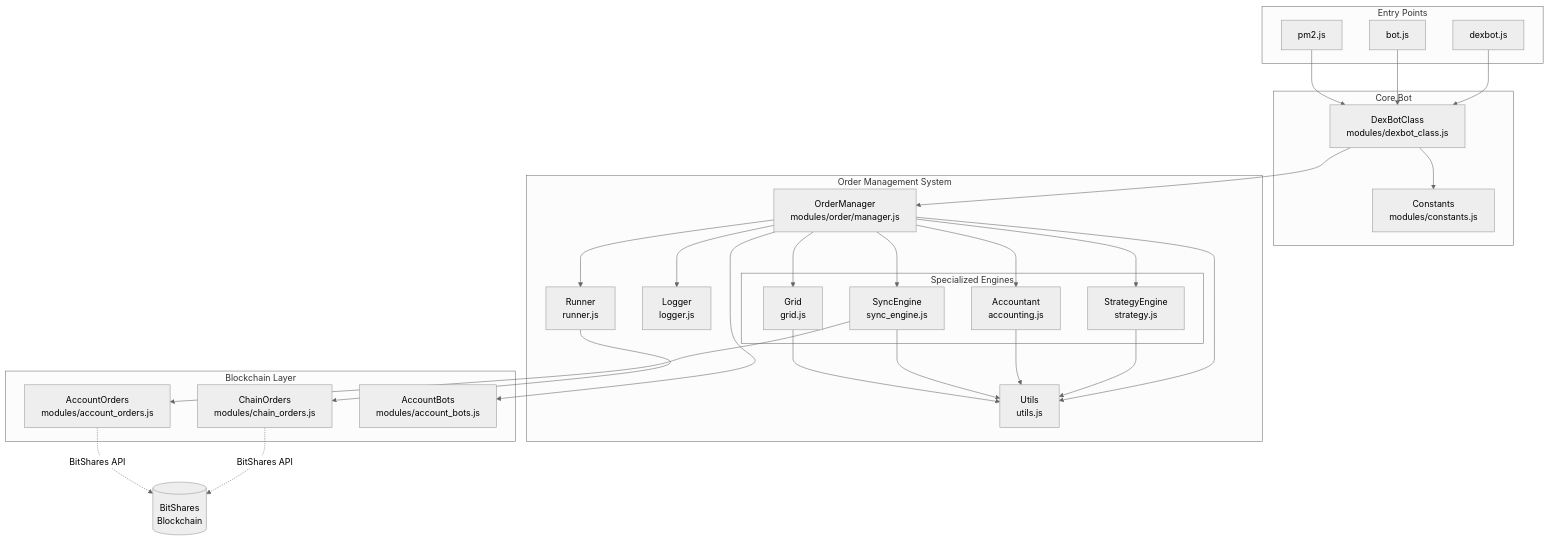
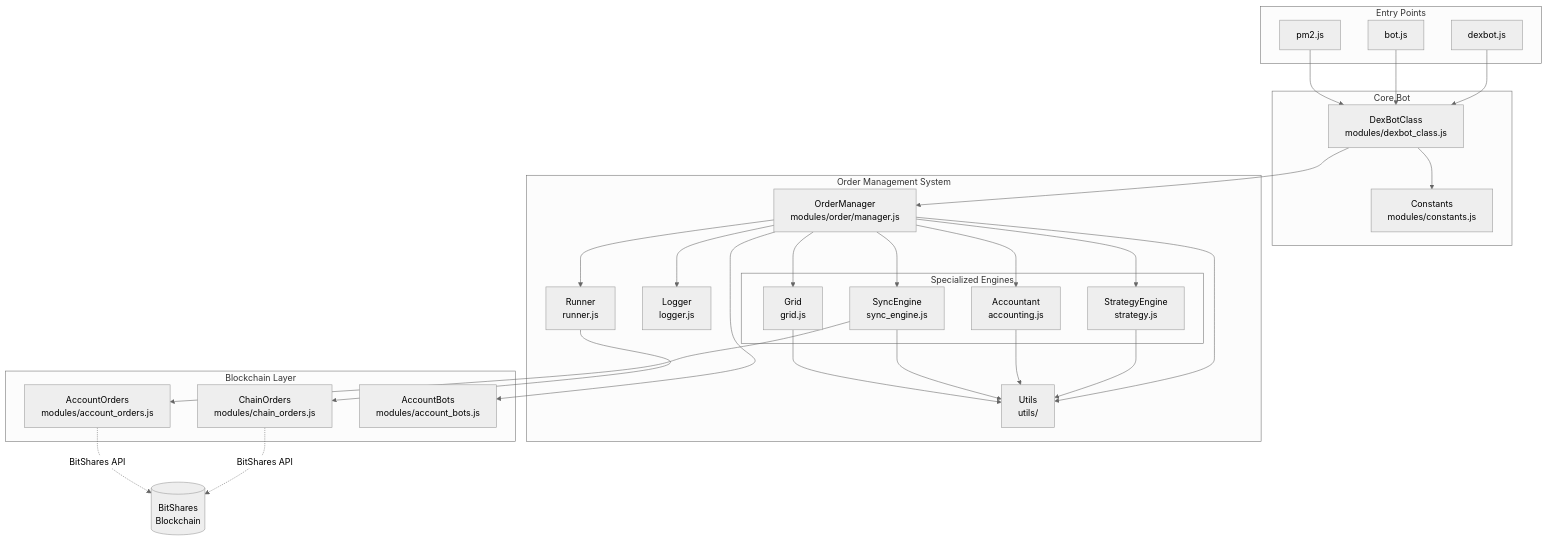
The first of 12 diagrams in docs/architecture.md (abitmore/DEXBot2), drawn with Mermaid (neutral theme) before and after one commit. The commit also changed other lines of this file and 11 other files, not shown here.

First line of the commit message:
docs: consolidate, reference COW architecture, and remove Patch markers

````diff
--- a/docs/architecture.md
+++ b/docs/architecture.md
@@ -24,61 +24,61 @@
 ```mermaid
 graph TB
     subgraph "Entry Points"
         CLI[dexbot.js]
         BOT[bot.js]
         PM2[pm2.js]
     end
 
     subgraph "Core Bot"
         DEXBOT[DexBotClass<br/>modules/dexbot_class.js]
         CONSTANTS[Constants<br/>modules/constants.js]
     end
 
     subgraph "Order Management System"
         MANAGER[OrderManager<br/>modules/order/manager.js]
         
         subgraph "Specialized Engines"
             ACCOUNTANT[Accountant<br/>accounting.js]
             STRATEGY[StrategyEngine<br/>strategy.js]
             SYNC[SyncEngine<br/>sync_engine.js]
             GRID[Grid<br/>grid.js]
         end
         
-        UTILS[Utils<br/>utils.js]
+        UTILS[Utils<br/>utils/]
         LOGGER[Logger<br/>logger.js]
         RUNNER[Runner<br/>runner.js]
     end
 
     subgraph "Blockchain Layer"
         CHAIN_ORDERS[ChainOrders<br/>modules/chain_orders.js]
         ACCOUNT_ORDERS[AccountOrders<br/>modules/account_orders.js]
         ACCOUNT_BOTS[AccountBots<br/>modules/account_bots.js]
     end
 
     CLI --> DEXBOT
     BOT --> DEXBOT
     PM2 --> DEXBOT
     
     DEXBOT --> MANAGER
     DEXBOT --> CONSTANTS
     
     MANAGER --> ACCOUNTANT
     MANAGER --> STRATEGY
     MANAGER --> SYNC
     MANAGER --> GRID
     MANAGER --> UTILS
     MANAGER --> LOGGER
     MANAGER --> RUNNER
     
     STRATEGY --> UTILS
     ACCOUNTANT --> UTILS
     SYNC --> UTILS
     GRID --> UTILS
     
     RUNNER --> CHAIN_ORDERS
     SYNC --> ACCOUNT_ORDERS
     MANAGER --> ACCOUNT_BOTS
     
     CHAIN_ORDERS -.->|BitShares API| BLOCKCHAIN[(BitShares<br/>Blockchain)]
     ACCOUNT_ORDERS -.->|BitShares API| BLOCKCHAIN
 ```
````
